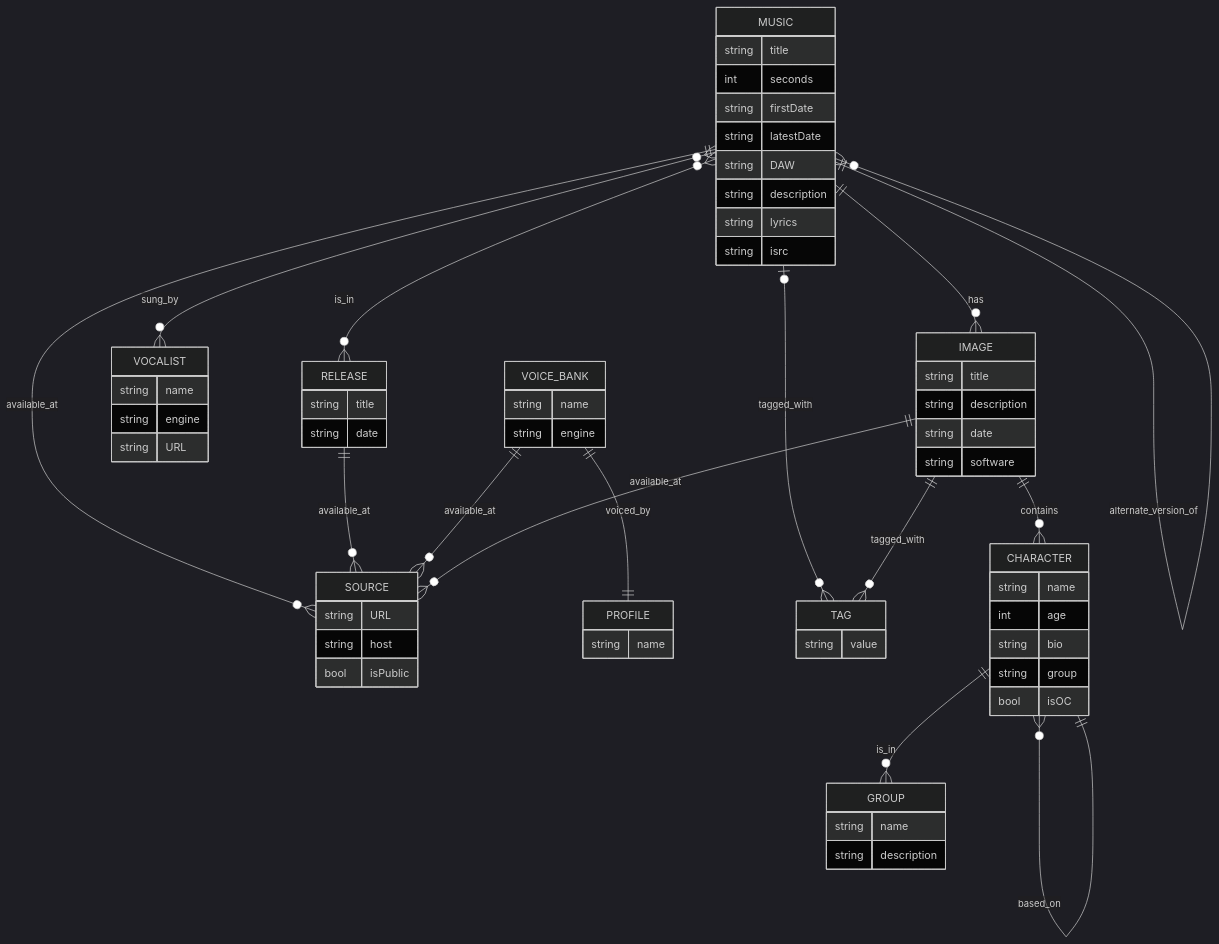
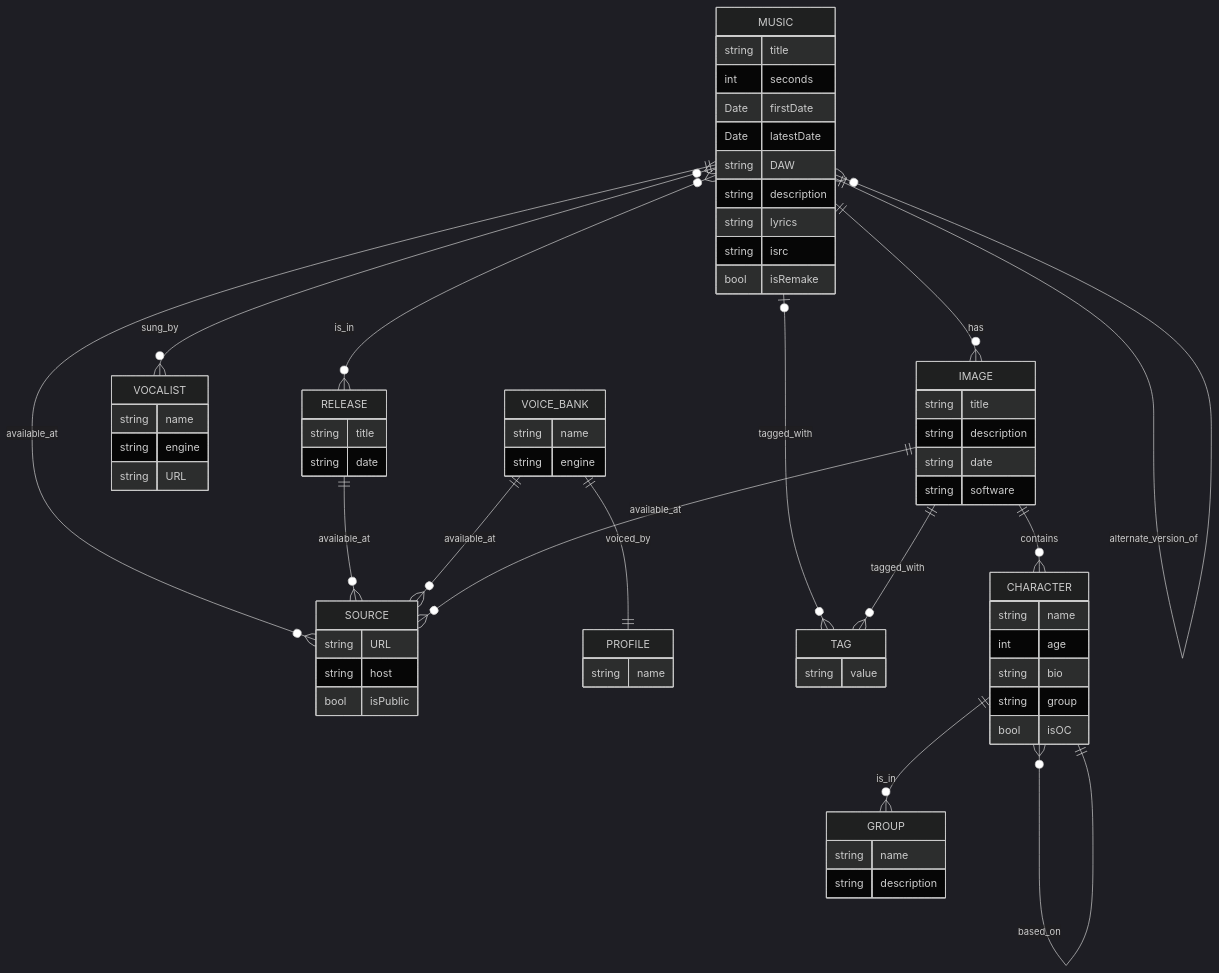
One commit to nora-hansen/nure-db changed the diagram in er-diagram.md. Above: the diagram before and after it, drawn with Mermaid (dark theme). The commit also changed 12 other files, not shown here.

`````diff
--- a/er-diagram.md
+++ b/er-diagram.md
@@ -1,75 +1,76 @@
 ````mermaid
 ---
 ER diagram test
 ---
 erDiagram
     SOURCE {
         string URL
         string host
         bool isPublic
     }
     PROFILE {
         string name
     }
     TAG {
         string value
     }
     MUSIC ||--o{ IMAGE : has
     MUSIC |o--o{ TAG : tagged_with
     MUSIC ||--o{ SOURCE : available_at
     MUSIC }o--o{ VOCALIST : sung_by
     MUSIC ||--o{ MUSIC : alternate_version_of
     MUSIC {
         string title
         int seconds
-        string firstDate
-        string latestDate
+        Date firstDate
+        Date latestDate
         string DAW
         string description
         string lyrics
         string isrc
+        bool isRemake
     }
     MUSIC }o--o{ RELEASE : is_in
     RELEASE ||--o{ SOURCE : available_at
     RELEASE {
         string title
         string date
     }
     VOCALIST {
         string name
         string engine
         string URL
     }
     VOICE_BANK ||--o{ SOURCE : available_at
     VOICE_BANK ||--|| PROFILE : voiced_by
     VOICE_BANK {
         string name
         string engine
     }
     CHARACTER ||--o{ GROUP : is_in
     CHARACTER }o--|| CHARACTER : based_on
     CHARACTER {
         string name
         int age
         string bio
         string group
         bool isOC
     }
     GROUP {
         string name
         string description
     }
     IMAGE ||--o{ CHARACTER : contains
     IMAGE ||--o{ TAG : tagged_with
     IMAGE ||--o{ SOURCE : available_at
     IMAGE {
         string title
         string description
         string date
         string software
     }
 
 
 
 
 ````
`````
